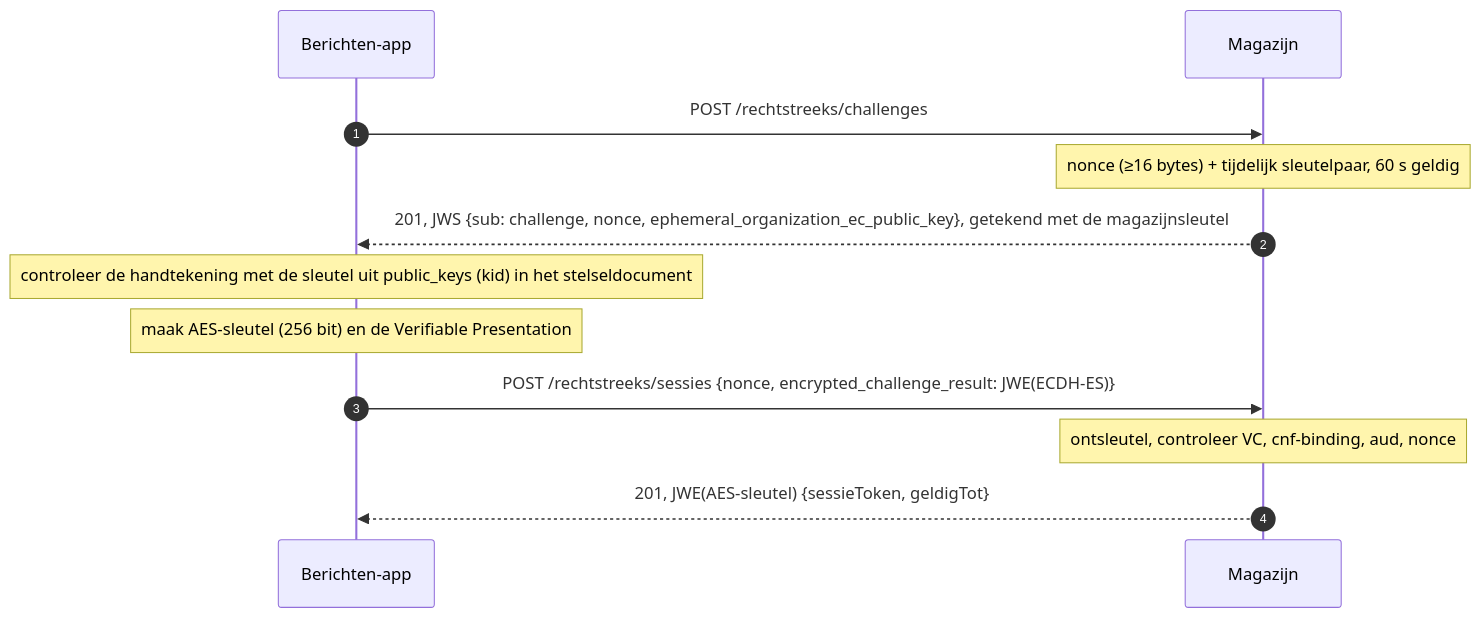
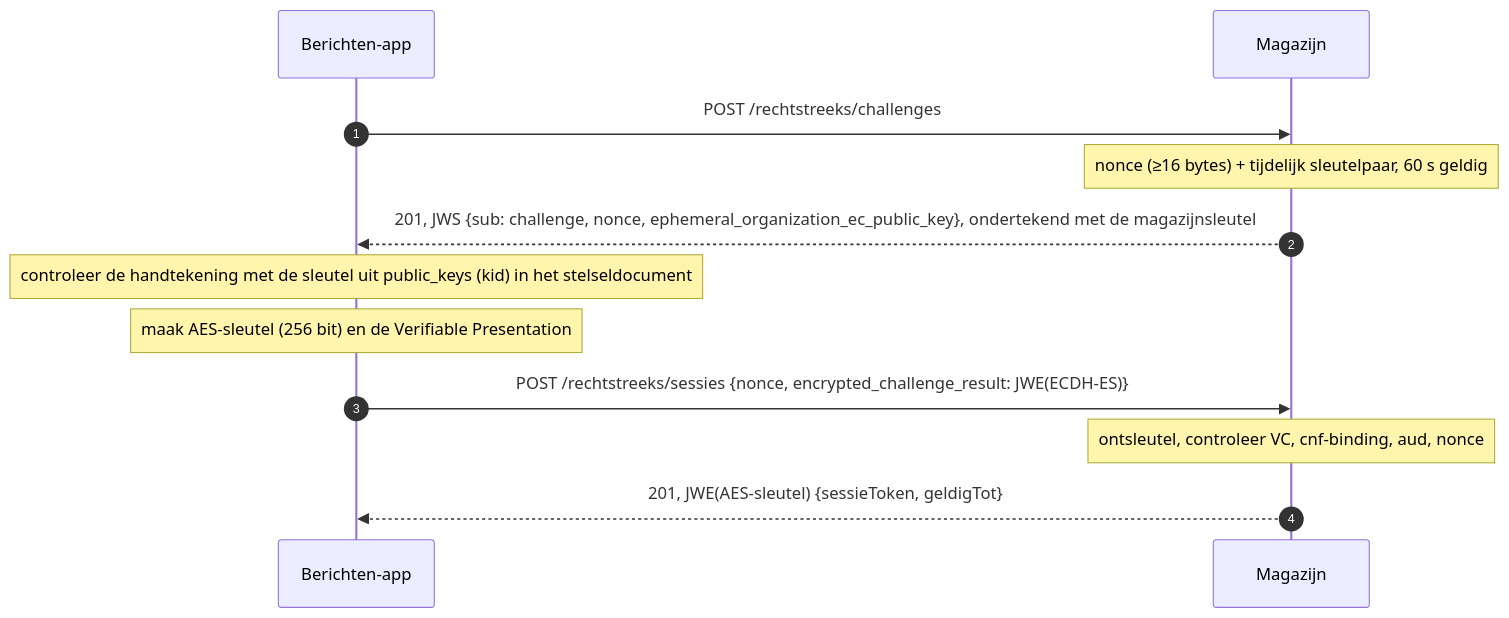
The second of 3 diagrams in docs/plans/2026-10-27-rechtstreeks-ophalen-design.md (MinBZK/moza-poc-fbs-berichtenbox), drawn with Mermaid before and after one commit. The commit also changed other lines of this file and 1 other file, not shown here.

````diff
--- a/docs/plans/2026-10-27-rechtstreeks-ophalen-design.md
+++ b/docs/plans/2026-10-27-rechtstreeks-ophalen-design.md
@@ -117,14 +117,14 @@
 ```mermaid
 sequenceDiagram
     autonumber
     participant App as Berichten-app
     participant M as Magazijn
     App->>M: POST /rechtstreeks/challenges
     Note over M: nonce (≥16 bytes) + tijdelijk sleutelpaar, 60 s geldig
-    M-->>App: 201, JWS {sub: challenge, nonce, ephemeral_organization_ec_public_key}, getekend met de magazijnsleutel
+    M-->>App: 201, JWS {sub: challenge, nonce, ephemeral_organization_ec_public_key}, ondertekend met de magazijnsleutel
     Note over App: controleer de handtekening met de sleutel uit public_keys (kid) in het stelseldocument
     Note over App: maak AES-sleutel (256 bit) en de Verifiable Presentation
     App->>M: POST /rechtstreeks/sessies {nonce, encrypted_challenge_result: JWE(ECDH-ES)}
     Note over M: ontsleutel, controleer VC, cnf-binding, aud, nonce
     M-->>App: 201, JWE(AES-sleutel) {sessieToken, geldigTot}
 ```
````
